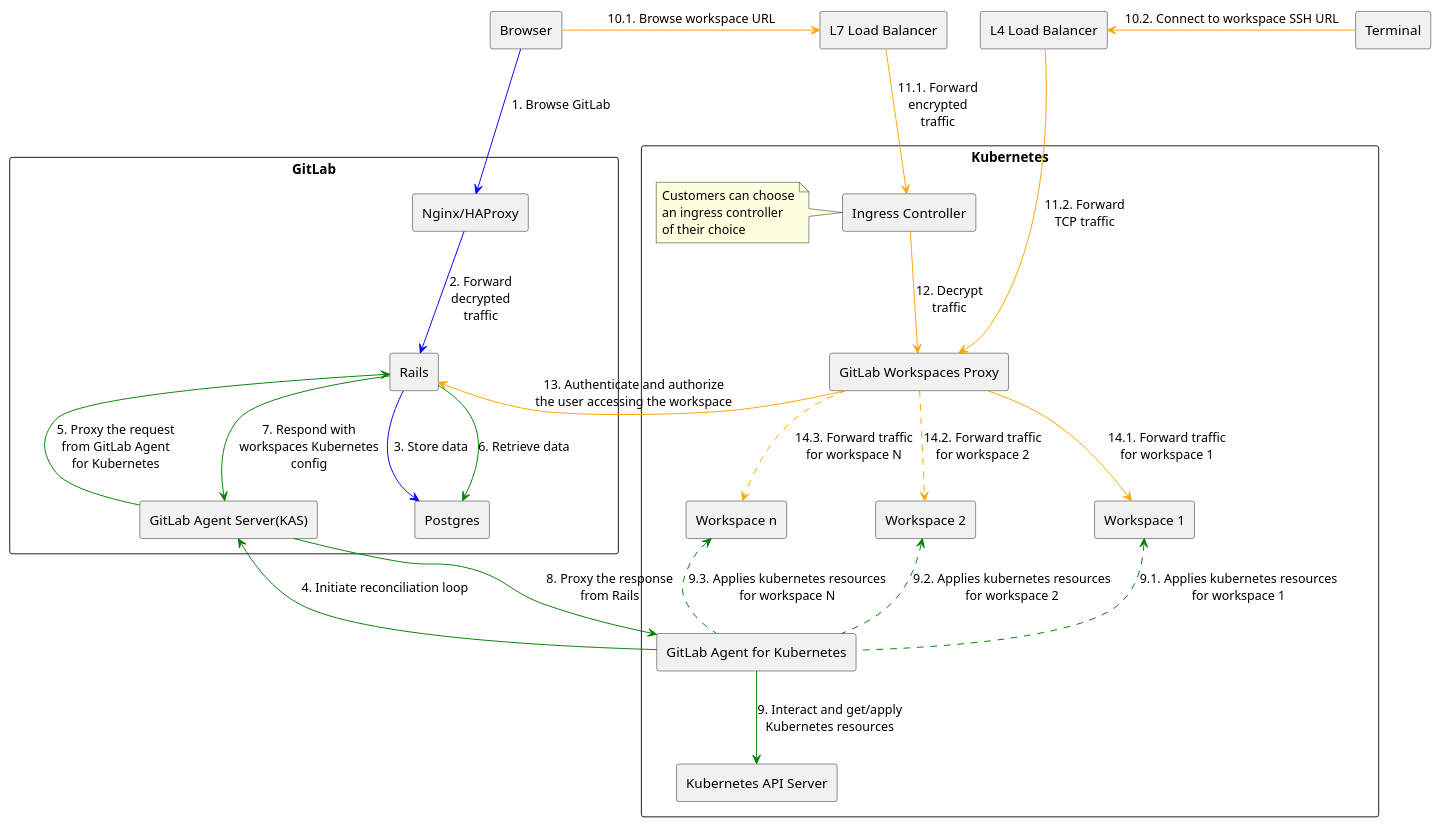
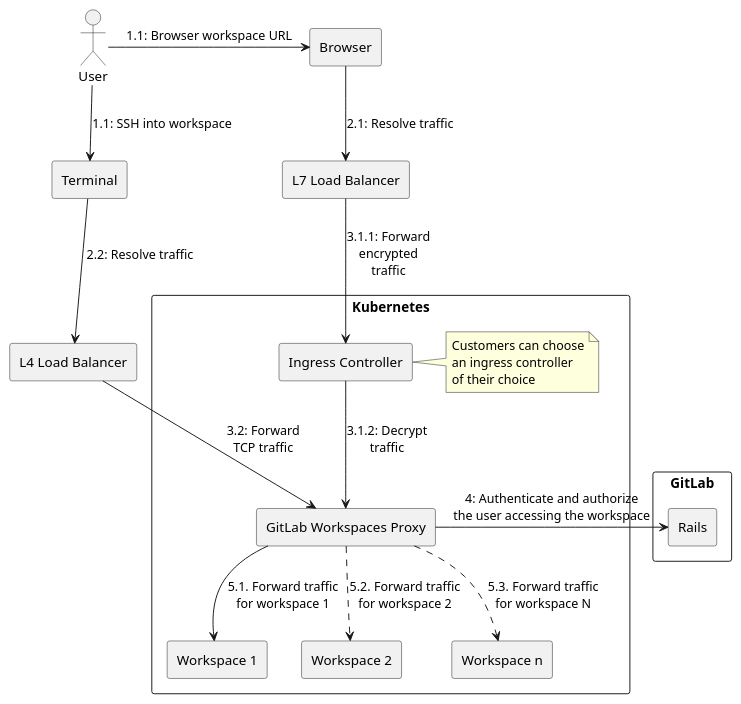
The third of 7 diagrams in content/handbook/engineering/architecture/design-documents/workspaces/architecture_kubernetes_setup.md (zalyoung/gitlab-handbook), drawn with PlantUML before and after one commit. The commit also changed other lines of this file and 3 other files, not shown here.

````diff
--- a/content/handbook/engineering/architecture/design-documents/workspaces/architecture_kubernetes_setup.md
+++ b/content/handbook/engineering/architecture/design-documents/workspaces/architecture_kubernetes_setup.md
@@ -22,57 +74,44 @@
 ```plantuml
 @startuml
 rectangle "Kubernetes" {
-  rectangle "Kubernetes API Server" as KubernetesAPIServer
   rectangle "Ingress Controller" as IngressController
   rectangle "GitLab Workspaces Proxy" as GitLabWorkspacesProxy
-  rectangle "GitLab Agent for Kubernetes" as AgentK
   rectangle "Workspace 1" as Workspace1
   rectangle "Workspace 2" as Workspace2
   rectangle "Workspace n" as WorkspaceN
 
-  note left of IngressController
+  note right of IngressController
     Customers can choose
     an ingress controller
     of their choice
   end note
 }
 
 rectangle "GitLab" {
-  rectangle "Nginx/HAProxy" as ReverseProxy
   rectangle "Rails"
-  rectangle "Postgres"
-  rectangle "GitLab Agent Server(KAS)" as KAS
 }
 
+actor "User"
 rectangle "Browser"
 rectangle "Terminal"
 rectangle "L7 Load Balancer" as L7LoadBalancer
 rectangle "L4 Load Balancer" as L4LoadBalancer
 
-Browser -[#blue]-> ReverseProxy : "1. Browse GitLab"
-ReverseProxy -[#blue]-> Rails : "2. Forward\ndecrypted\ntraffic"
-Rails -[#blue]-> Postgres : "3. Store data"
+User -> Browser: "1.1: Browser workspace URL"
+User -> Terminal: "1.1: SSH into workspace"
 
-AgentK -up[#green]-> KAS : "4. Initiate reconciliation loop"
-KAS -up[#green]-> Rails : "5. Proxy the request\nfrom GitLab Agent\nfor Kubernetes"
-Rails -[#green]-> Postgres : "6. Retrieve data"
-Rails -[#green]-> KAS : "7. Respond with\nworkspaces Kubernetes\nconfig"
-KAS -[#green]-> AgentK : "8. Proxy the response\nfrom Rails"
-AgentK -[#green]-> KubernetesAPIServer : "9. Interact and get/apply\nKubernetes resources"
-AgentK .up[#green].> Workspace1 : "9.1. Applies kubernetes resources\nfor workspace 1"
-AgentK .up[#green].> Workspace2 : "9.2. Applies kubernetes resources\nfor workspace 2"
-AgentK .up[#green].> WorkspaceN : "9.3. Applies kubernetes resources\nfor workspace N"
+Browser --> L7LoadBalancer : "2.1: Resolve traffic"
+Terminal --> L4LoadBalancer : "2.2: Resolve traffic"
 
-Browser -right[#orange]-> L7LoadBalancer : "10.1. Browse workspace URL"
-Terminal -left[#orange]-> L4LoadBalancer : "10.2. Connect to workspace SSH URL"
-L7LoadBalancer -[#orange]-> IngressController: "11.1. Forward\nencrypted\ntraffic"
-L4LoadBalancer -[#orange]-> GitLabWorkspacesProxy : "11.2. Forward\nTCP traffic"
-IngressController -[#orange]-> GitLabWorkspacesProxy : "12. Decrypt\ntraffic"
-GitLabWorkspacesProxy -[#orange]-> Rails : "13. Authenticate and authorize\nthe user accessing the workspace"
-GitLabWorkspacesProxy -[#orange]-> Workspace1 : "14.1. Forward traffic\nfor workspace 1"
-GitLabWorkspacesProxy .[#orange].> Workspace2 : "14.2. Forward traffic\nfor workspace 2"
-GitLabWorkspacesProxy .[#orange].> WorkspaceN : "14.3. Forward traffic\nfor workspace N"
+L7LoadBalancer --> IngressController: "3.1.1: Forward\nencrypted\ntraffic"
+IngressController --> GitLabWorkspacesProxy : "3.1.2: Decrypt\ntraffic"
+L4LoadBalancer --> GitLabWorkspacesProxy : "3.2: Forward\nTCP traffic"
 
-L7LoadBalancer -right[hidden]-> L4LoadBalancer
+GitLabWorkspacesProxy -> Rails : "4: Authenticate and authorize\nthe user accessing the workspace"
+
+GitLabWorkspacesProxy --> Workspace1 : "5.1. Forward traffic\nfor workspace 1"
+GitLabWorkspacesProxy ..> Workspace2 : "5.2. Forward traffic\nfor workspace 2"
+GitLabWorkspacesProxy ..> WorkspaceN : "5.3. Forward traffic\nfor workspace N"
+
 @enduml
 ```
````
